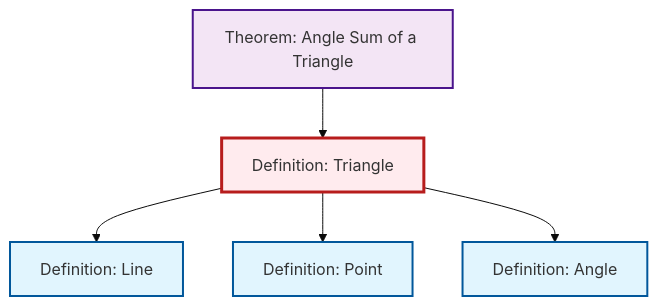
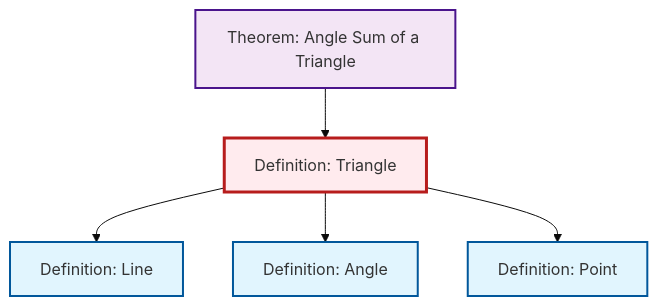
Before and after one commit to RK0429/ModernMath: the diagram in content/en/geometry/def-triangle.qmd, drawn with Mermaid (base theme). The commit also changed other lines of this file and 491 other files, not shown here.

````diff
--- a/content/en/geometry/def-triangle.qmd
+++ b/content/en/geometry/def-triangle.qmd
@@ -59,23 +59,23 @@
 ```{mermaid}
 %%| fig-cap: "Local dependency graph"
 graph TD
     classDef definition fill:#e1f5fe,stroke:#01579b,stroke-width:2px
     classDef theorem fill:#f3e5f5,stroke:#4a148c,stroke-width:2px
     classDef axiom fill:#fff3e0,stroke:#e65100,stroke-width:2px
     classDef example fill:#e8f5e9,stroke:#1b5e20,stroke-width:2px
     classDef current fill:#ffebee,stroke:#b71c1c,stroke-width:3px
+    def-point["Definition: Point"]:::definition
     def-line["Definition: Line"]:::definition
-    def-triangle["Definition: Triangle"]:::definition
     thm-angle-sum-triangle["Theorem: Angle Sum of a Triangle"]:::theorem
     def-angle["Definition: Angle"]:::definition
-    def-point["Definition: Point"]:::definition
+    def-triangle["Definition: Triangle"]:::definition
     def-triangle --> def-line
+    def-triangle --> def-angle
     thm-angle-sum-triangle --> def-triangle
     def-triangle --> def-point
-    def-triangle --> def-angle
     class def-triangle current
+    click def-point "def-point.html" "Go to Point definition"
     click def-line "def-line.html" "Go to Line definition"
     click thm-angle-sum-triangle "thm-angle-sum-triangle.html" "Go to Angle Sum of a Triangle theorem"
     click def-angle "def-angle.html" "Go to Angle definition"
-    click def-point "def-point.html" "Go to Point definition"
 ```
````
